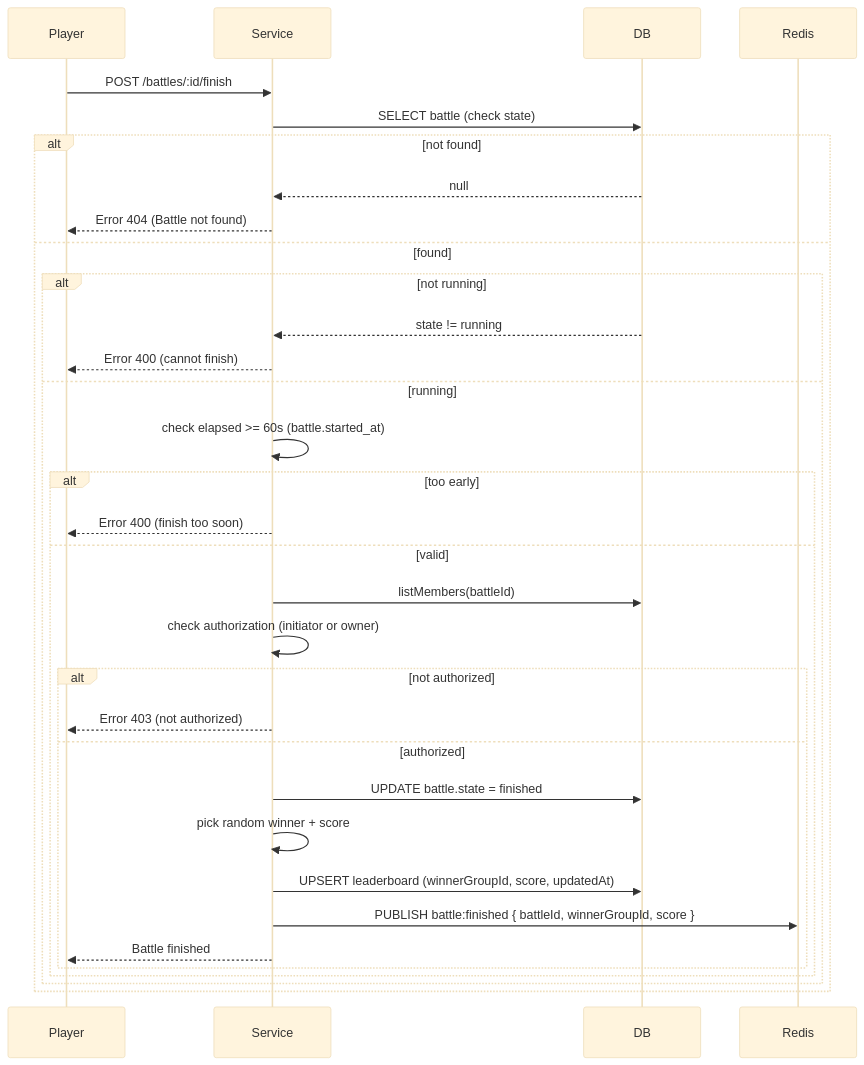
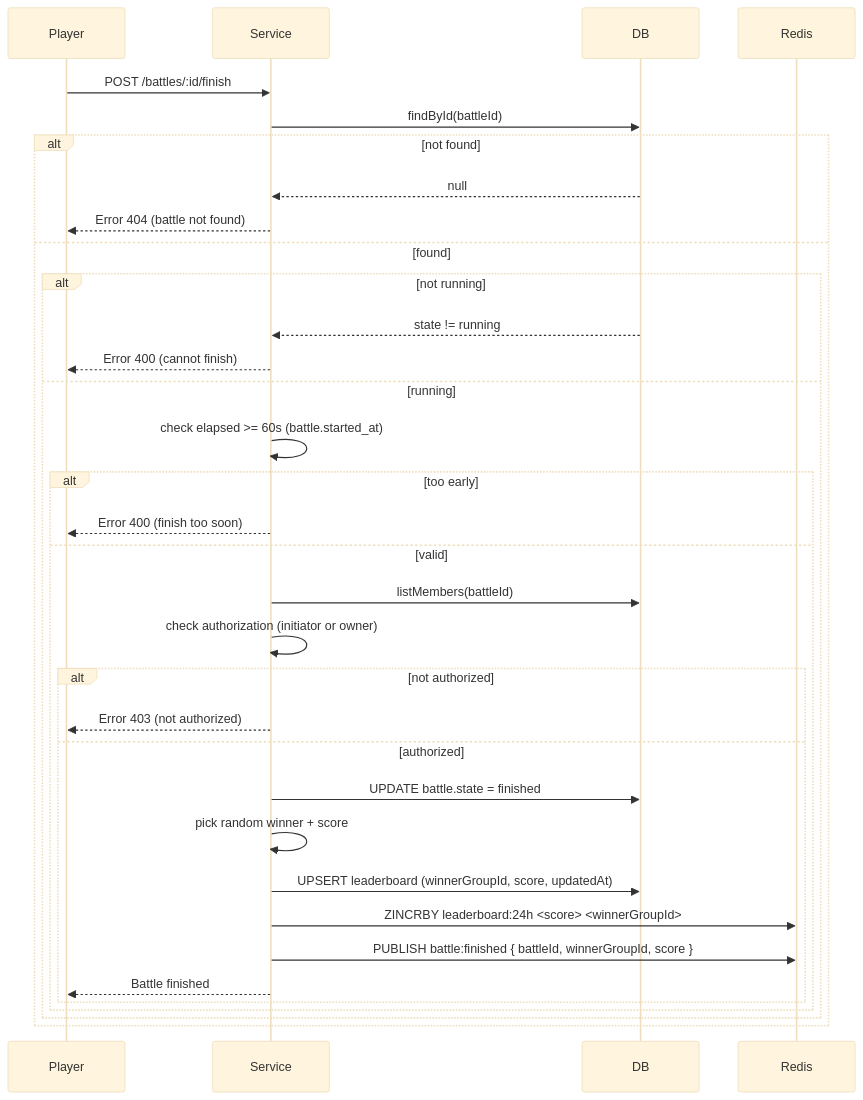
Before and after one commit to akulnurislam/social-game: the fifth of 5 diagrams in README.md, drawn with Mermaid (base theme). The commit also changed other lines of this file and 2 other files, not shown here.

Commit message:
readme and architecture

````diff
--- a/README.md
+++ b/README.md
@@ -300,36 +336,37 @@
    ```mermaid
    sequenceDiagram
        participant Player
        participant Service
        participant DB
        participant Redis
    
        Player->>Service: POST /battles/:id/finish
-       Service->>DB: SELECT battle (check state)
+       Service->>DB: findById(battleId)
        alt not found
             DB-->>Service: null
-            Service-->>Player: Error 404 (Battle not found)
+            Service-->>Player: Error 404 (battle not found)
         else found
             alt not running
                 DB-->>Service: state != running
                 Service-->>Player: Error 400 (cannot finish)
             else running
                 Service->>Service: check elapsed >= 60s (battle.started_at)
                 alt too early
                     Service-->>Player: Error 400 (finish too soon)
                 else valid
                     Service->>DB: listMembers(battleId)
                     Service->>Service: check authorization (initiator or owner)
                     alt not authorized
                         Service-->>Player: Error 403 (not authorized)
                     else authorized
                         Service->>DB: UPDATE battle.state = finished
                         Service->>Service: pick random winner + score
                         Service->>DB: UPSERT leaderboard (winnerGroupId, score, updatedAt)
+                        Service->>Redis: ZINCRBY leaderboard:24h <score> <winnerGroupId>
                         Service->>Redis: PUBLISH battle:finished { battleId, winnerGroupId, score }
                         Service-->>Player: Battle finished
                     end
                 end
         end
     end
    ```
````
